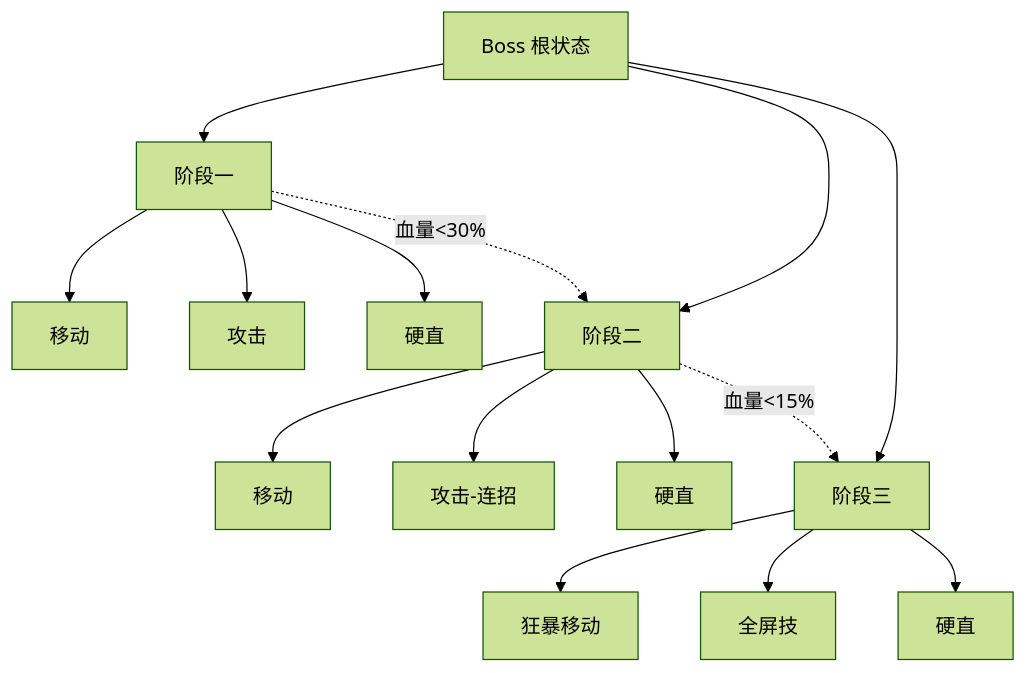
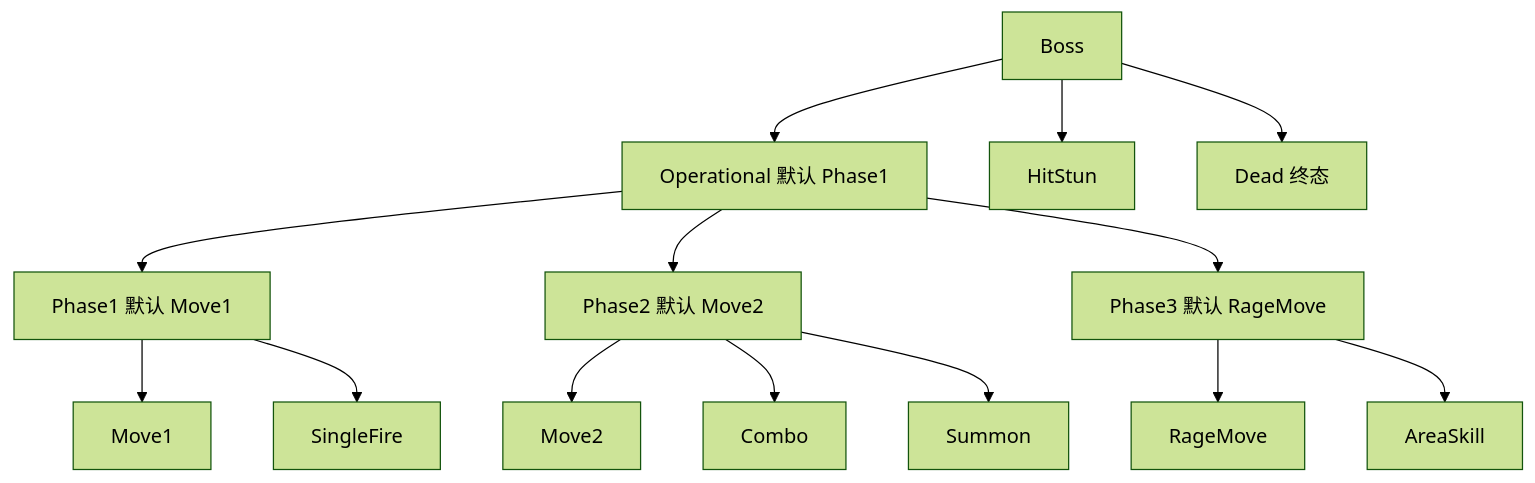
The first of 2 diagrams in 知识/06-游戏AI/感知决策与行为规划/02-状态机与层次状态机.md (fantuan812/learning), drawn with Mermaid (forest theme) before and after one commit. The commit also changed other lines of this file and 2 other files, not shown here.

````diff
--- a/知识/06-游戏AI/感知决策与行为规划/02-状态机与层次状态机.md
+++ b/知识/06-游戏AI/感知决策与行为规划/02-状态机与层次状态机.md
@@ -187,18 +193,16 @@
 ```mermaid
 flowchart TB
-    Root[Boss 根状态]
-    Root --> P1[阶段一]
-    Root --> P2[阶段二]
-    Root --> P3[阶段三]
-    P1 --> P1A[移动]
-    P1 --> P1B[攻击]
-    P1 --> P1C[硬直]
-    P2 --> P2A[移动]
-    P2 --> P2B[攻击-连招]
-    P2 --> P2C[硬直]
-    P3 --> P3A[狂暴移动]
-    P3 --> P3B[全屏技]
-    P3 --> P3C[硬直]
-    P1 -.血量<30%.-> P2
-    P2 -.血量<15%.-> P3
+    B[Boss] --> O[Operational 默认 Phase1]
+    B --> H[HitStun]
+    B --> D[Dead 终态]
+    O --> P1[Phase1 默认 Move1]
+    O --> P2[Phase2 默认 Move2]
+    O --> P3[Phase3 默认 RageMove]
+    P1 --> M1[Move1]
+    P1 --> F1[SingleFire]
+    P2 --> M2[Move2]
+    P2 --> C2[Combo]
+    P2 --> S2[Summon]
+    P3 --> M3[RageMove]
+    P3 --> A3[AreaSkill]
 ```
````
